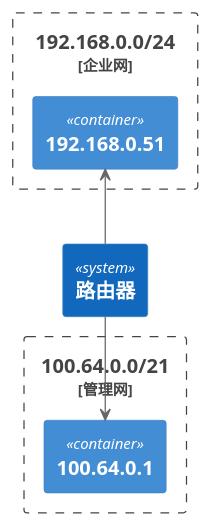
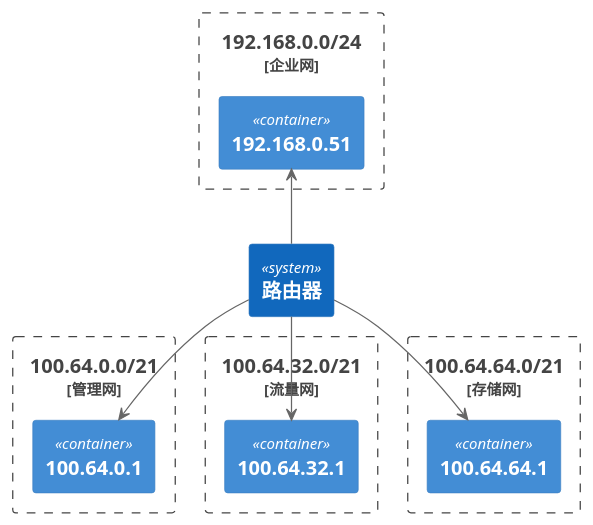
Before and after one commit to gardenerframework/impatiens: the second of 4 diagrams in 云与虚拟化/调度系统/k8s/实践/实验环境/readme.md, drawn with PlantUML. The commit also changed other lines of this file and 16 other files, not shown here.

````diff
--- a/云与虚拟化/调度系统/k8s/实践/实验环境/readme.md
+++ b/云与虚拟化/调度系统/k8s/实践/实验环境/readme.md
@@ -38,17 +42,25 @@
 ```plantuml
 @startuml
 !include  https://plantuml.s3.cn-north-1.jdcloud-oss.com/C4_Container.puml
 
 System(路由器, 路由器)
 Boundary(192.168.0.0/24, 192.168.0.0/24, 企业网) {
     Container(192.168.0.51, 192.168.0.51)
 }
 
 Boundary(100.64.0.0/21, 100.64.0.0/21, 管理网) {
     Container(100.64.0.1, 100.64.0.1)
 }
+Boundary(100.64.32.0/21, 100.64.32.0/21, 流量网) {
+    Container(100.64.32.1, 100.64.32.1)
+}
+Boundary(100.64.64.0/21, 100.64.64.0/21, 存储网) {
+    Container(100.64.64.1, 100.64.64.1)
+}
 
 路由器 -u-> 192.168.0.51
 路由器 -d-> 100.64.0.1
+路由器 -d-> 100.64.32.1
+路由器 -d-> 100.64.64.1
 @enduml
 ```
````
